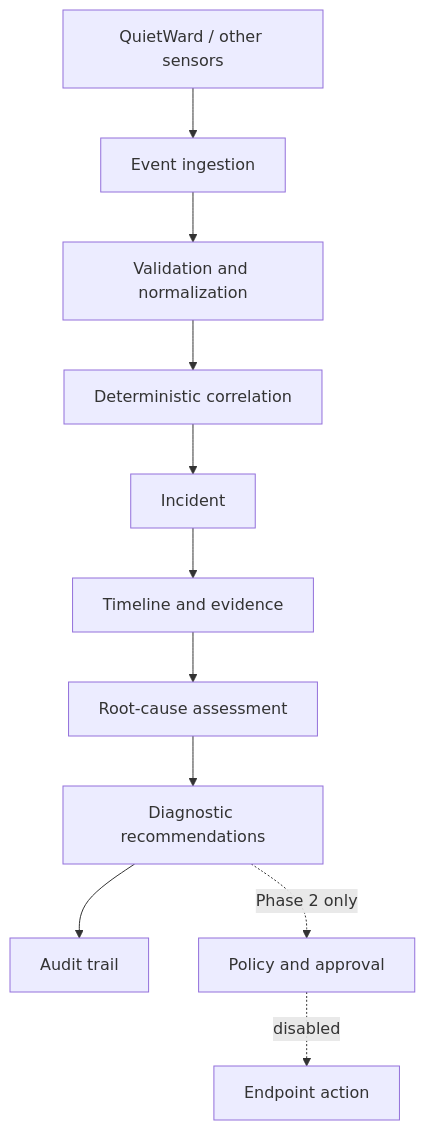
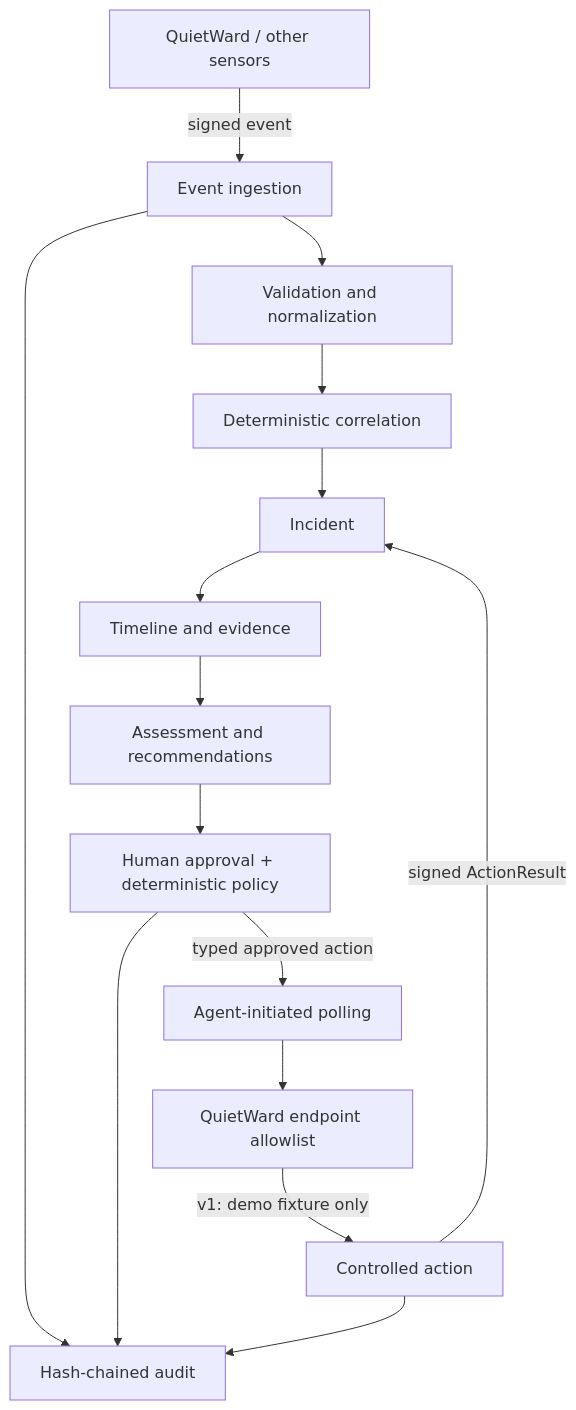
Before and after one commit to LUKEcheadle-ship-it/quietward-response: the diagram in README.md, drawn with Mermaid. The commit also changed other lines of this file and 101 other files, not shown here.

First line of the commit message:
Release QuietWard Response v1.0.0 (#2)

````diff
--- a/README.md
+++ b/README.md
@@ -18,13 +20,17 @@
 ```mermaid
 flowchart TD
-    S[QuietWard / other sensors] --> I[Event ingestion]
+    Q[QuietWard / other sensors] -->|signed event| I[Event ingestion]
     I --> N[Validation and normalization]
     N --> C[Deterministic correlation]
     C --> X[Incident]
     X --> T[Timeline and evidence]
-    T --> R[Root-cause assessment]
-    R --> D[Diagnostic recommendations]
-    D --> A[Audit trail]
-    D -. Phase 2 only .-> P[Policy and approval]
-    P -. disabled .-> E[Endpoint action]
+    T --> R[Assessment and recommendations]
+    R --> P[Human approval + deterministic policy]
+    P -->|typed approved action| A[Agent-initiated polling]
+    A --> E[QuietWard endpoint allowlist]
+    E -->|v1: demo fixture only| Z[Controlled action]
+    Z -->|signed ActionResult| X
+    I --> U[Hash-chained audit]
+    P --> U
+    Z --> U
 ```
````
